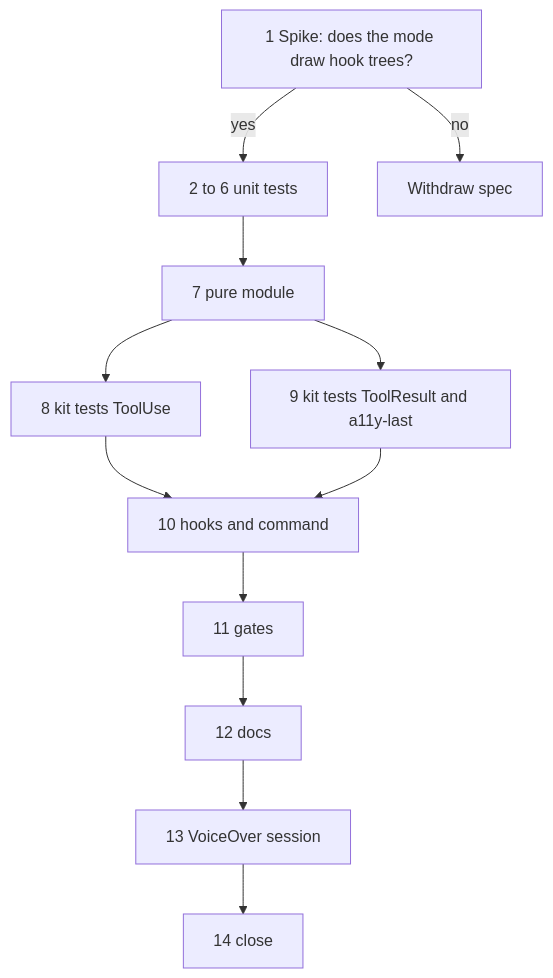
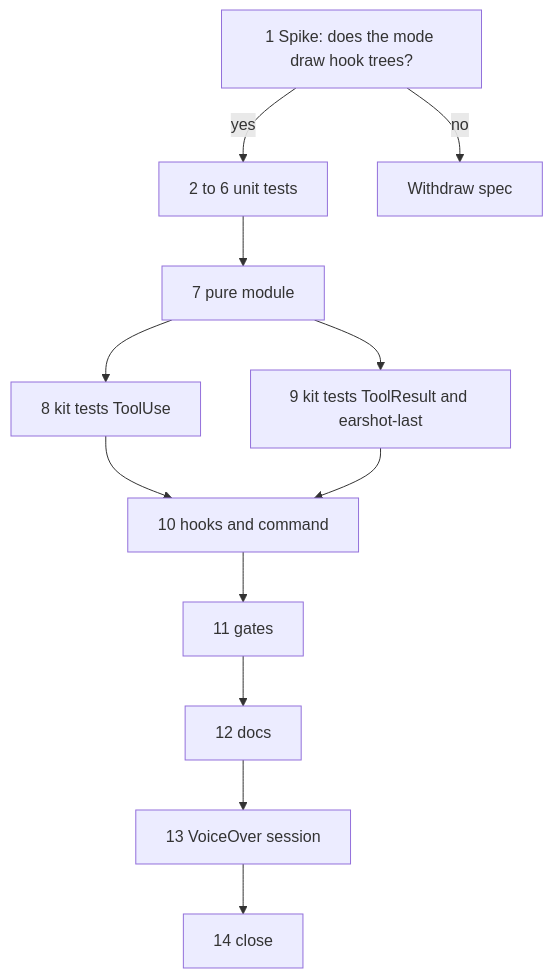
Before and after one commit to unlocked-spark/claude-code-earshot: the diagram in docs/plans/tool-narration-plan.md, drawn with Mermaid. The commit also changed other lines of this file and 37 other files, not shown here.

````diff
--- a/docs/plans/tool-narration-plan.md
+++ b/docs/plans/tool-narration-plan.md
@@ -57,9 +57,9 @@
 ```mermaid
 graph TD
     T1[1 Spike: does the mode draw hook trees?] -->|yes| T2[2 to 6 unit tests]
     T1 -->|no| X[Withdraw spec]
     T2 --> T7[7 pure module]
     T7 --> T8[8 kit tests ToolUse] --> T10[10 hooks and command]
-    T7 --> T9[9 kit tests ToolResult and a11y-last] --> T10
+    T7 --> T9[9 kit tests ToolResult and earshot-last] --> T10
     T10 --> T11[11 gates] --> T12[12 docs] --> T13[13 VoiceOver session] --> T14[14 close]
 ```
````
